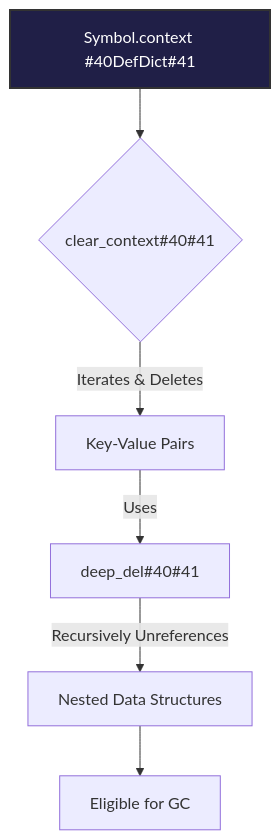
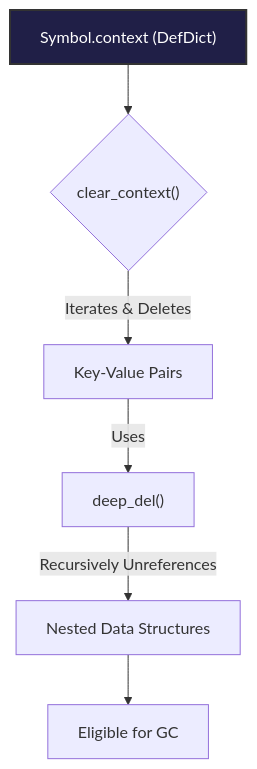
Before and after one commit to ikko/sym: the second of 2 diagrams in docs/readme_details/10_memory_awareness/index.md, drawn with Mermaid. The commit also changed other lines of this file and 17 other files, not shown here.

````diff
--- a/docs/readme_details/10_memory_awareness/index.md
+++ b/docs/readme_details/10_memory_awareness/index.md
@@ -93,12 +93,12 @@
 ```mermaid
 graph TD
-    A[Symbol.context #40DefDict#41] --> B{clear_context#40#41};
+    A[Symbol.context #40;DefDict#41;] --> B{clear_context#40;#41;};
     B -- "Iterates & Deletes" --> C[Key-Value Pairs];
-    C -- "Uses" --> D[deep_del#40#41];
+    C -- "Uses" --> D[deep_del#40;#41;];
     D -- "Recursively Unreferences" --> E[Nested Data Structures];
     E --> F[Eligible for GC];
 
     style A fill:#201f47,stroke:#333,stroke-width:2px,color:#FFFFFF;
 
     style A fill:#201f47,stroke:#333,stroke-width:2px,color:#FFFFFF;
 ```
````
